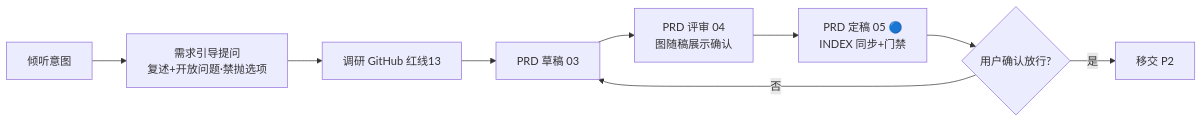
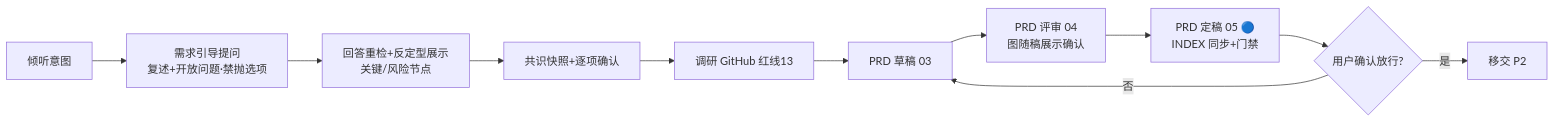
The second of 14 diagrams in skills/init-project/assets/project-template/docs/FLOW.md (The-Daybreaker/project-spec), drawn with Mermaid before and after one commit. The commit also changed other lines of this file and 16 other files, not shown here.

````diff
--- a/skills/init-project/assets/project-template/docs/FLOW.md
+++ b/skills/init-project/assets/project-template/docs/FLOW.md
@@ -35,11 +35,13 @@
 ```mermaid
 flowchart LR
     A[倾听意图] --> B[需求引导提问<br/>复述+开放问题·禁抛选项]
-    B --> C[调研 GitHub 红线13]
-    C --> D[PRD 草稿 03]
-    D --> E[PRD 评审 04<br/>图随稿展示确认]
-    E --> F[PRD 定稿 05 🔵<br/>INDEX 同步+门禁]
-    F --> G{用户确认放行?}
-    G -->|是| H[移交 P2]
-    G -->|否| D
+    B --> C[回答重检+反定型展示<br/>关键/风险节点]
+    C --> D[共识快照+逐项确认]
+    D --> E[调研 GitHub 红线13]
+    E --> F[PRD 草稿 03]
+    F --> G[PRD 评审 04<br/>图随稿展示确认]
+    G --> H[PRD 定稿 05 🔵<br/>INDEX 同步+门禁]
+    H --> I{用户确认放行?}
+    I -->|是| J[移交 P2]
+    I -->|否| F
 ```
````
